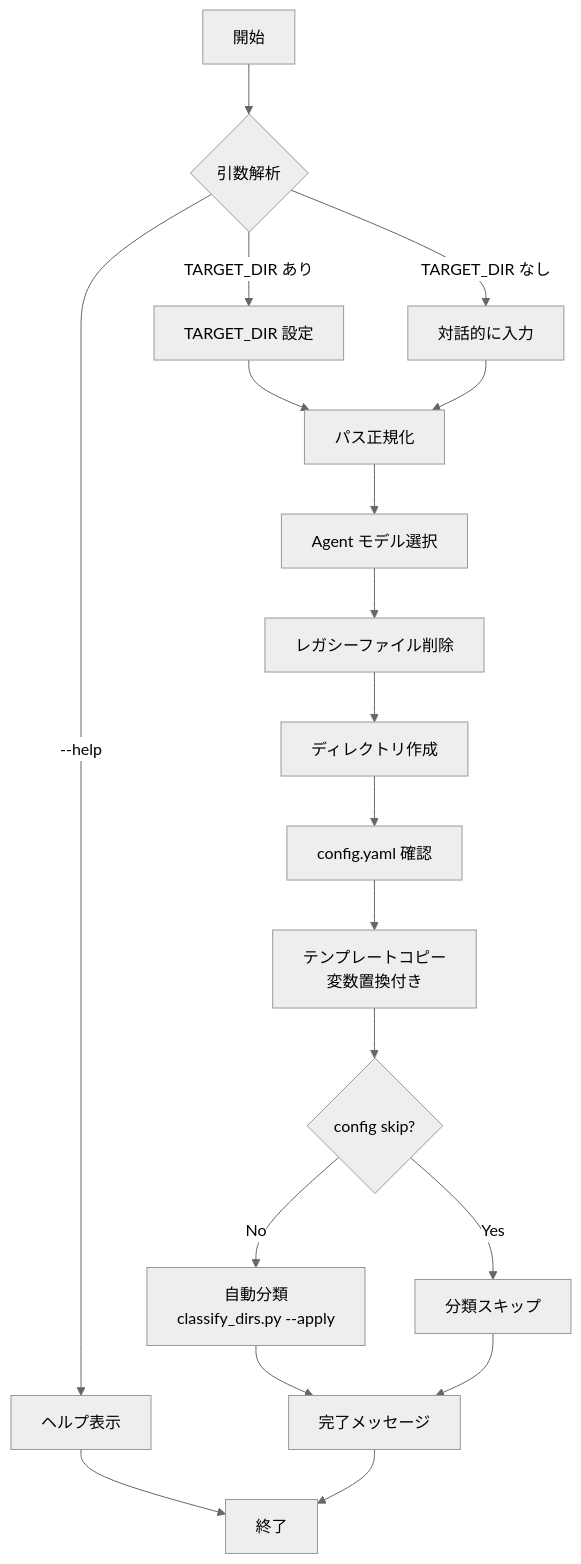
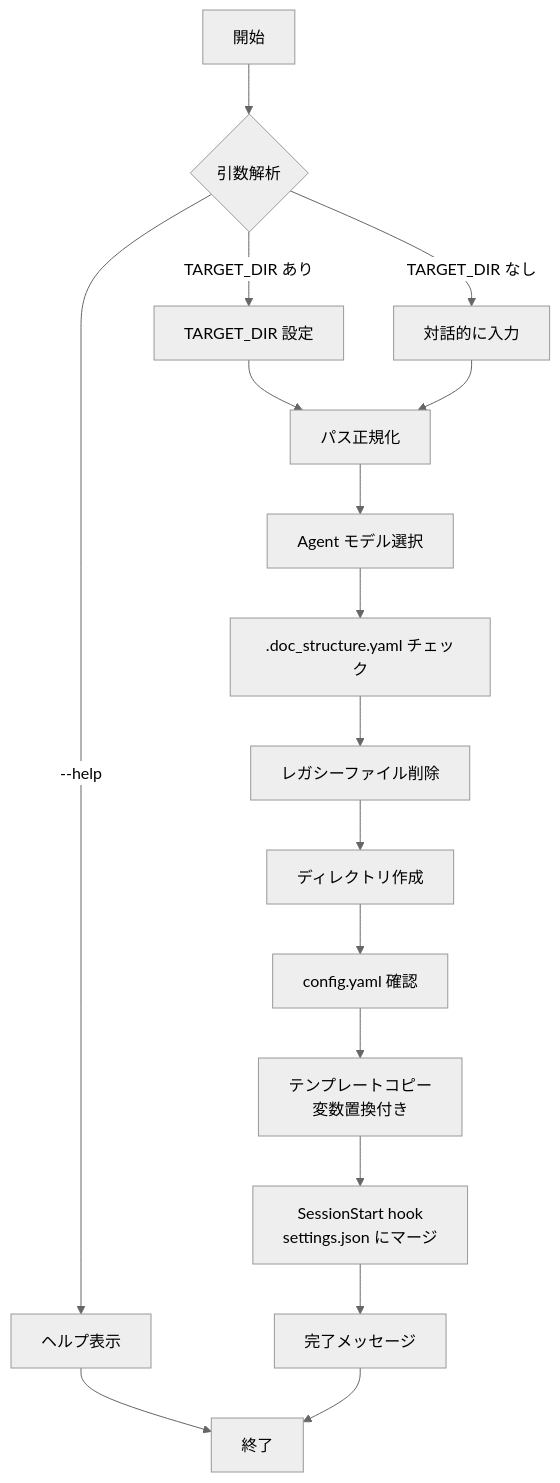
One commit to BlueEventHorizon/DocAdvisor-CC changed the diagram in specs/design/DES-001_setup_script.md. Above: the diagram before and after it, drawn with Mermaid (neutral theme). The commit also changed other lines of this file and 8 other files, not shown here.

````diff
--- a/specs/design/DES-001_setup_script.md
+++ b/specs/design/DES-001_setup_script.md
@@ -46,23 +46,21 @@
 ```mermaid
 flowchart TD
     A[開始] --> B{引数解析}
     B -->|--help| C[ヘルプ表示] --> Z[終了]
     B -->|TARGET_DIR あり| D[TARGET_DIR 設定]
     B -->|TARGET_DIR なし| E[対話的に入力]
 
     D --> F[パス正規化]
     E --> F
 
     F --> G[Agent モデル選択]
-    G --> H[レガシーファイル削除]
+    G --> G2[.doc_structure.yaml チェック]
+    G2 --> H[レガシーファイル削除]
 
     H --> I[ディレクトリ作成]
     I --> J[config.yaml 確認]
     J --> K[テンプレートコピー<br>変数置換付き]
-    K --> M{config skip?}
-    M -->|No| N[自動分類<br>classify_dirs.py --apply]
-    M -->|Yes| O[分類スキップ]
-    N --> L[完了メッセージ]
-    O --> L
-    L --> Z
+    K --> L[SessionStart hook<br>settings.json にマージ]
+    L --> M[完了メッセージ]
+    M --> Z
 ```
````
